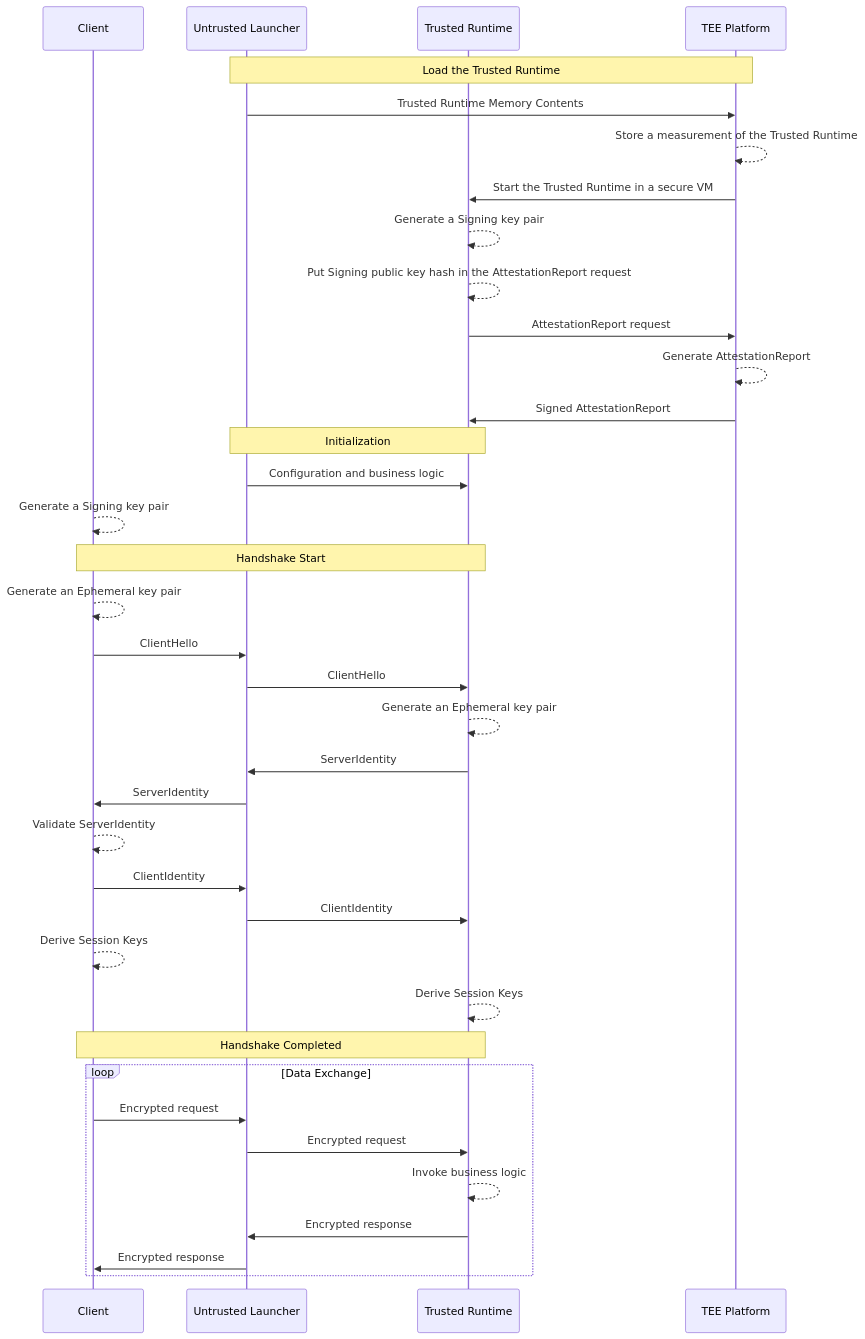
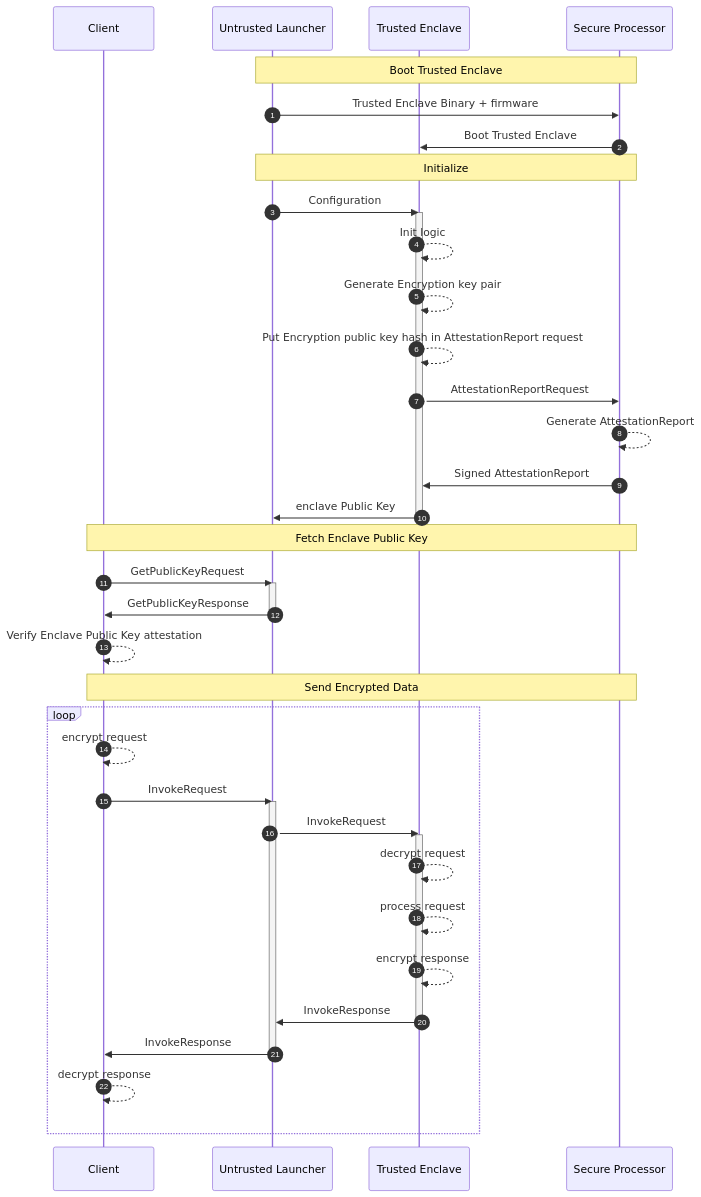
Before and after one commit to project-oak/oak: the diagram in docs/remote-attestation.md, drawn with Mermaid. The commit also changed other lines of this file, not shown here.

Commit message:
Update remote attestation documentation

````diff
--- a/docs/remote-attestation.md
+++ b/docs/remote-attestation.md
@@ -161,52 +17,54 @@
 ```mermaid
 sequenceDiagram
-  participant Client
-  participant Untrusted Launcher
-  participant Trusted Runtime
-  participant TEE Platform
 
-  Note over Untrusted Launcher,TEE Platform: Load the Trusted Runtime
+autonumber
 
-  Untrusted Launcher->>TEE Platform: Trusted Runtime Memory Contents
-  TEE Platform -->> TEE Platform: Store a measurement of the Trusted Runtime
-  TEE Platform ->> Trusted Runtime: Start the Trusted Runtime in a secure VM
+participant C as Client
+participant U as Untrusted Launcher
+participant T as Trusted Enclave
+participant S as Secure Processor
 
-  Trusted Runtime-->>Trusted Runtime: Generate a Signing key pair
-  Trusted Runtime-->>Trusted Runtime: Put Signing public key hash in the AttestationReport request
-  Trusted Runtime->>TEE Platform: AttestationReport request
-  TEE Platform-->>TEE Platform: Generate AttestationReport
-  TEE Platform->>Trusted Runtime: Signed AttestationReport
+Note over U,S: Boot Trusted Enclave
 
-  Note over Untrusted Launcher,Trusted Runtime: Initialization
+U->>S: Trusted Enclave Binary + firmware
+S->>T: Boot Trusted Enclave
 
-  Untrusted Launcher->>Trusted Runtime: Configuration and business logic
+Note over U,S: Initialize
 
-  Client-->>Client: Generate a Signing key pair
+U->>T: Configuration
+activate T
+T-->>T: Init logic
+T-->>T: Generate Encryption key pair
+T-->>T: Put Encryption public key hash in AttestationReport request
+T->>S: AttestationReportRequest
+S-->>S: Generate AttestationReport
+S->>T: Signed AttestationReport
+T->>U: enclave Public Key
+deactivate T
 
-  Note over Client,Trusted Runtime: Handshake Start
+Note over C,S: Fetch Enclave Public Key
 
-  Client-->>Client: Generate an Ephemeral key pair
-  Client->>Untrusted Launcher: ClientHello
-  Untrusted Launcher->>Trusted Runtime: ClientHello
-  Trusted Runtime-->>Trusted Runtime: Generate an Ephemeral key pair
+C->>U: GetPublicKeyRequest
+activate U
+U->>C: GetPublicKeyResponse
+deactivate U
+C-->>C: Verify Enclave Public Key attestation
 
-  Trusted Runtime->>Untrusted Launcher: ServerIdentity
-  Untrusted Launcher->>Client: ServerIdentity
-  Client-->>Client: Validate ServerIdentity
+Note over C,S: Send Encrypted Data
 
-  Client->>Untrusted Launcher: ClientIdentity
-  Untrusted Launcher->>Trusted Runtime: ClientIdentity
-
-  Client-->>Client: Derive Session Keys
-  Trusted Runtime-->>Trusted Runtime: Derive Session Keys
-  Note over Client,Trusted Runtime: Handshake Completed
-
-
-loop Data Exchange
-  Client->>Untrusted Launcher: Encrypted request
-  Untrusted Launcher->>Trusted Runtime: Encrypted request
-  Trusted Runtime-->>Trusted Runtime: Invoke business logic
-  Trusted Runtime->>Untrusted Launcher: Encrypted response
-  Untrusted Launcher->>Client: Encrypted response
+loop
+   C-->>C: encrypt request
+   C->>U: InvokeRequest
+   activate U
+   U->>T: InvokeRequest
+   activate T
+   T-->>T: decrypt request
+   T-->>T: process request
+   T-->>T: encrypt response
+   T->>U: InvokeResponse
+   deactivate T
+   U->>C: InvokeResponse
+   deactivate U
+   C-->>C: decrypt response
 end
 ```
````
